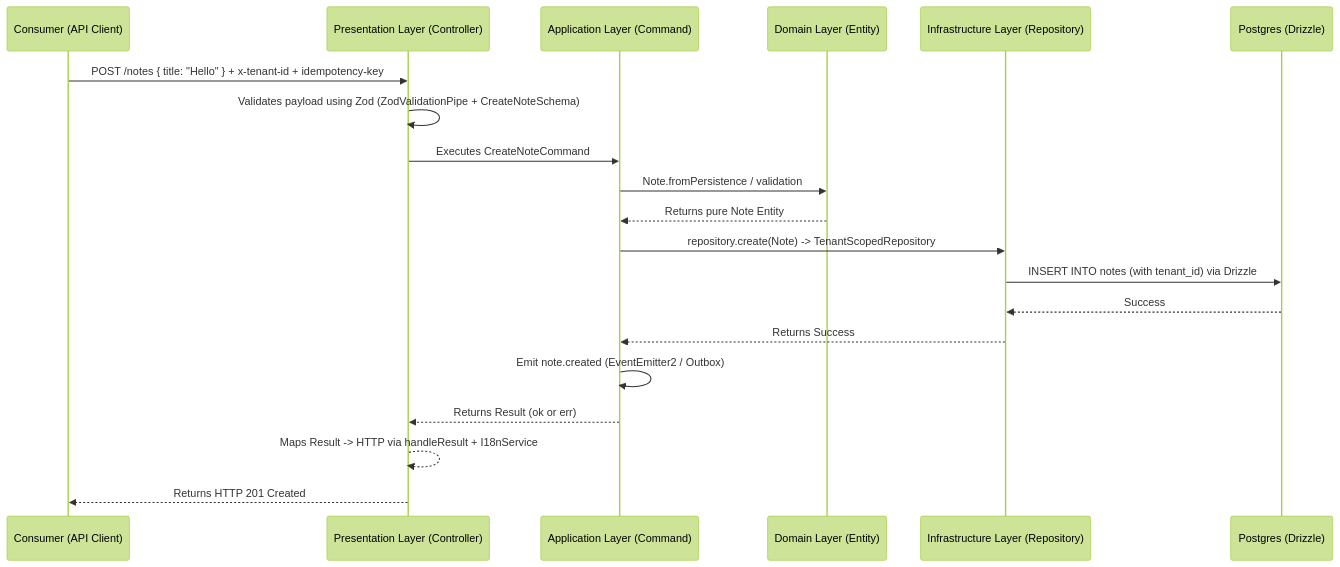
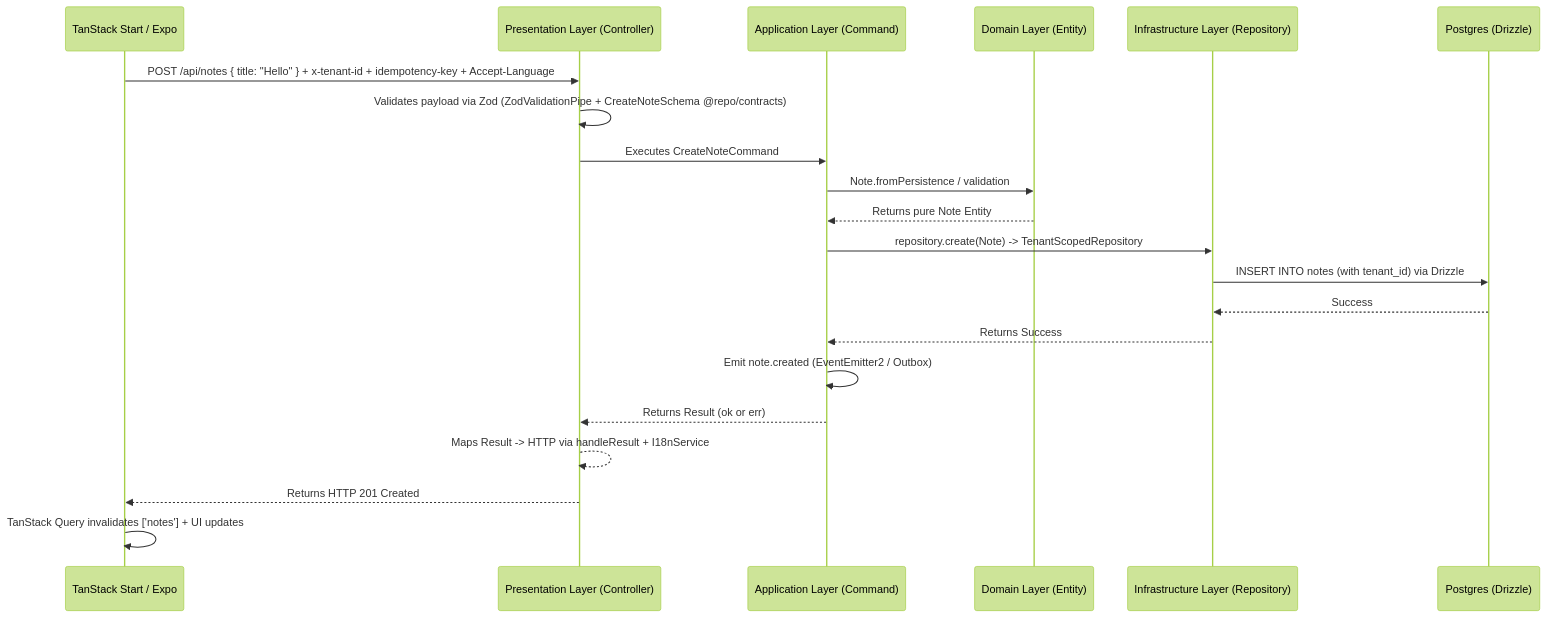
The second of 2 diagrams in ARCHITECTURE_DEEP_DIVE.md (ihssmaheel-dev/modular-monolith-architecture), drawn with Mermaid (forest theme) before and after one commit. The commit also changed other lines of this file and 152 other files, not shown here.

First line of the commit message:
feat(web,mobile,ui): wire TanStack Start + Expo + Base UI modular monolith — production-hardened boilerplate

````diff
--- a/ARCHITECTURE_DEEP_DIVE.md
+++ b/ARCHITECTURE_DEEP_DIVE.md
@@ -72,23 +87,24 @@
 ```mermaid
 sequenceDiagram
-    participant User as Consumer (API Client)
+    participant Web as TanStack Start / Expo
     participant C as Presentation Layer (Controller)
     participant A as Application Layer (Command)
     participant D as Domain Layer (Entity)
     participant I as Infrastructure Layer (Repository)
     participant DB as Postgres (Drizzle)
 
-    User->>C: POST /notes { title: "Hello" } + x-tenant-id + idempotency-key
-    C->>C: Validates payload using Zod (ZodValidationPipe + CreateNoteSchema)
+    Web->>C: POST /api/notes { title: "Hello" } + x-tenant-id + idempotency-key + Accept-Language
+    C->>C: Validates payload via Zod (ZodValidationPipe + CreateNoteSchema @repo/contracts)
     C->>A: Executes CreateNoteCommand
     A->>D: Note.fromPersistence / validation
     D-->>A: Returns pure Note Entity
     A->>I: repository.create(Note) -> TenantScopedRepository
     I->>DB: INSERT INTO notes (with tenant_id) via Drizzle
     DB-->>I: Success
     I-->>A: Returns Success
     A->>A: Emit note.created (EventEmitter2 / Outbox)
     A-->>C: Returns Result (ok or err)
     C-->>C: Maps Result -> HTTP via handleResult + I18nService
-    C-->>User: Returns HTTP 201 Created
+    C-->>Web: Returns HTTP 201 Created
+    Web->>Web: TanStack Query invalidates ['notes'] + UI updates
 ```
````
